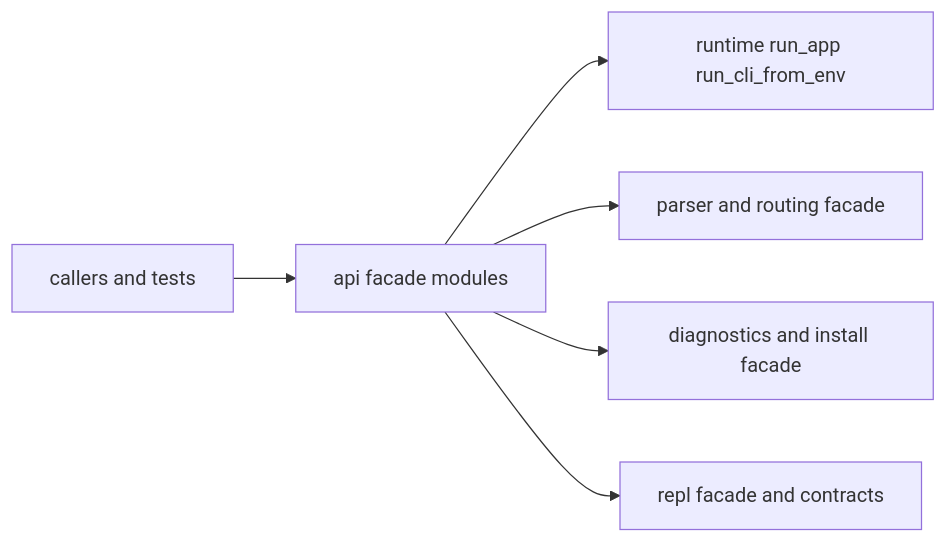
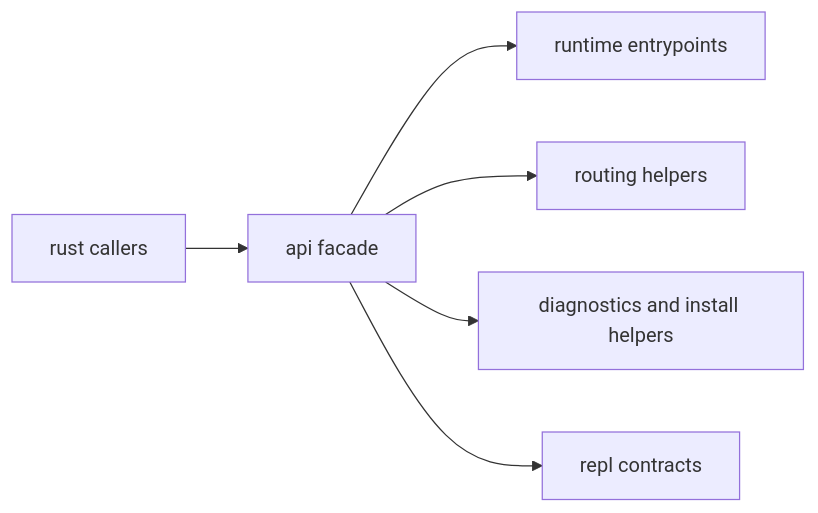
Before and after one commit to bijux/bijux-cli: the diagram in docs/bijux-cli/interfaces/api-surface.md, drawn with Mermaid. The commit also changed other lines of this file, not shown here.

Commit message:
docs(cli-interfaces): clarify the api surface

````diff
--- a/docs/bijux-cli/interfaces/api-surface.md
+++ b/docs/bijux-cli/interfaces/api-surface.md
@@ -17,8 +20,8 @@
 ```mermaid
 flowchart LR
-    callers["callers and tests"] --> api_mod["api facade modules"]
-    api_mod --> runtime["runtime run_app run_cli_from_env"]
-    api_mod --> routing["parser and routing facade"]
-    api_mod --> diagnostics["diagnostics and install facade"]
-    api_mod --> repl["repl facade and contracts"]
+    callers["rust callers"] --> api_mod["api facade"]
+    api_mod --> runtime["runtime entrypoints"]
+    api_mod --> routing["routing helpers"]
+    api_mod --> diagnostics["diagnostics and install helpers"]
+    api_mod --> repl["repl contracts"]
 ```
````
